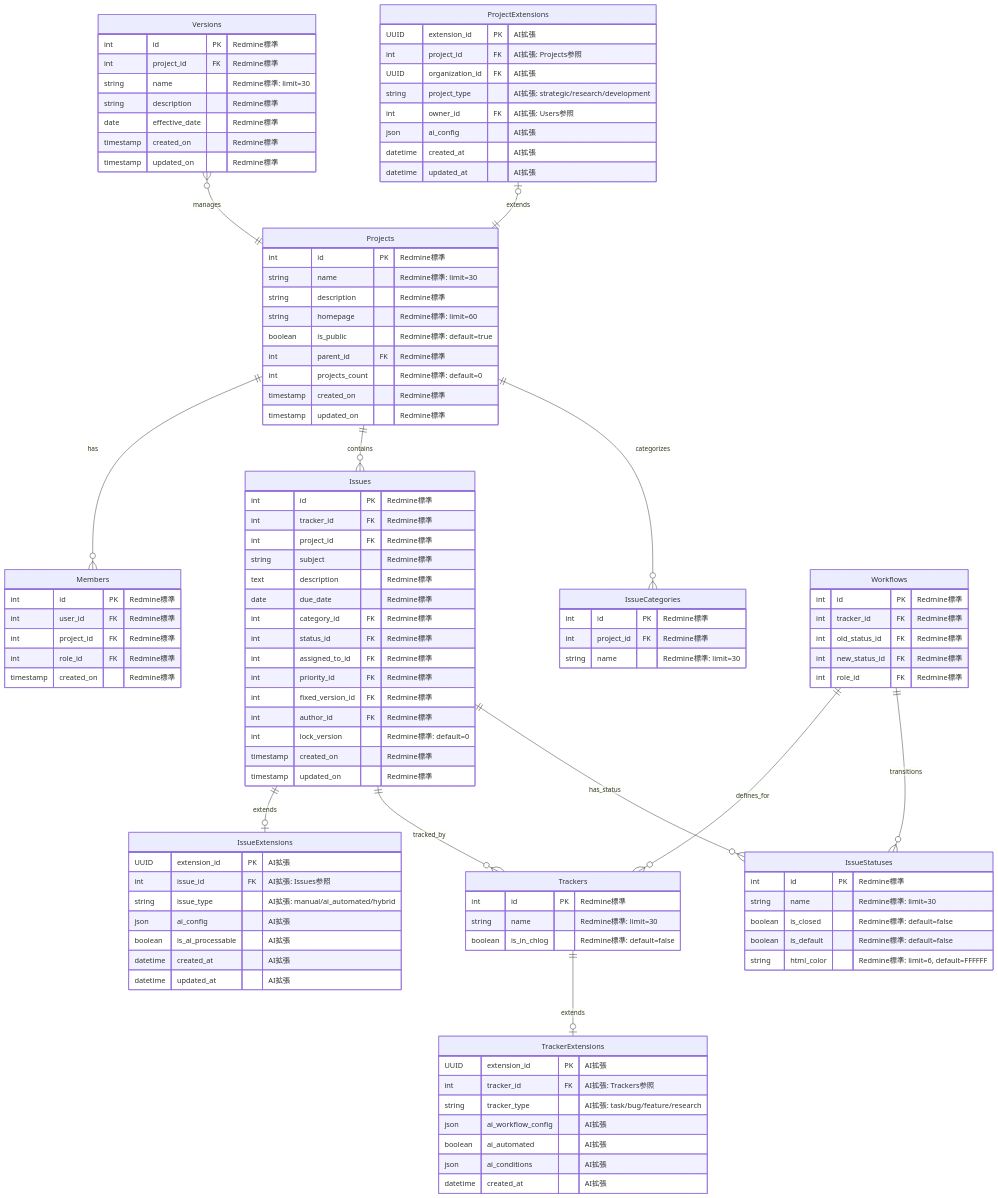
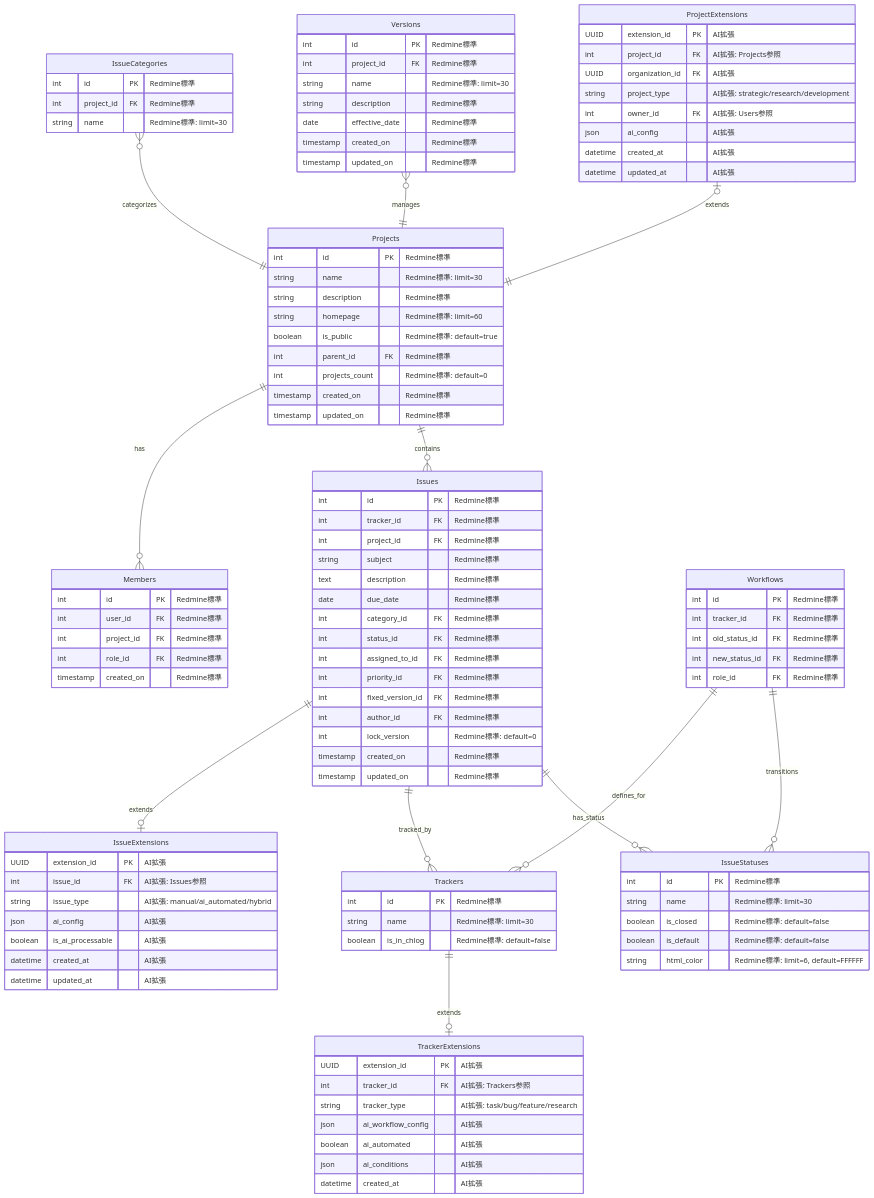
One commit to daichiTAAA/AgentOpsPlatform changed the third of 15 diagrams in docs/030000_設計/035000_データ設計/035010_ER図.md. Above: the diagram before and after it, drawn with Mermaid.

Commit message:
設計書を作成した

```diff
--- a/docs/030000_設計/035000_データ設計/035010_ER図.md
+++ b/docs/030000_設計/035000_データ設計/035010_ER図.md
@@ -307,11 +307,11 @@
     }
     
     %% 関係性
+    IssueCategories }o--|| Projects : categorizes
     Versions }o--|| Projects : manages
     ProjectExtensions |o--|| Projects : extends
     Projects ||--o{ Members : has
     Projects ||--o{ Issues : contains
-    Projects ||--o{ IssueCategories : categorizes
     Issues ||--o| IssueExtensions : extends
     Issues ||--o{ Trackers : tracked_by
     Issues ||--o{ IssueStatuses : has_status
```
